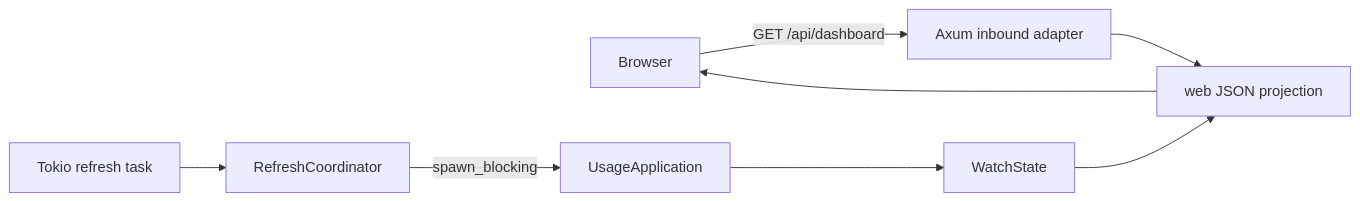
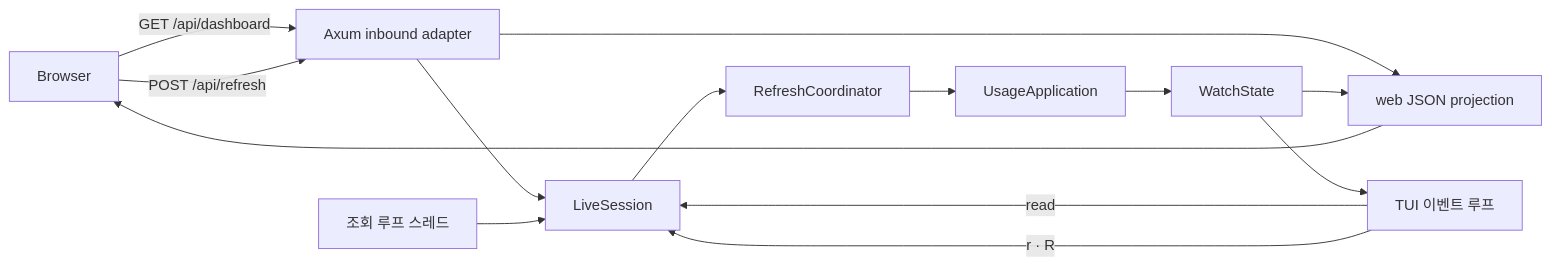
Before and after one commit to yoophi/agentmeter: the sixth of 6 diagrams in docs/architecture.md, drawn with Mermaid. The commit also changed other lines of this file and 7 other files, not shown here.

````diff
--- a/docs/architecture.md
+++ b/docs/architecture.md
@@ -171,10 +180,16 @@
 ```mermaid
 flowchart LR
     B[Browser] -->|GET /api/dashboard| AX[Axum inbound adapter]
     AX --> WP[web JSON projection]
-    BG[Tokio refresh task] --> RC[RefreshCoordinator]
-    RC -->|spawn_blocking| UA[UsageApplication]
+    T[TUI 이벤트 루프] -->|read| LS
+    T -->|r · R| LS
+    B -->|POST /api/refresh| AX
+    AX --> LS[LiveSession]
+    LOOP[조회 루프 스레드] --> LS
+    LS --> RC[RefreshCoordinator]
+    RC --> UA[UsageApplication]
     UA --> WS[WatchState]
     WS --> WP
+    WS --> T
     WP --> B
 ```
````
